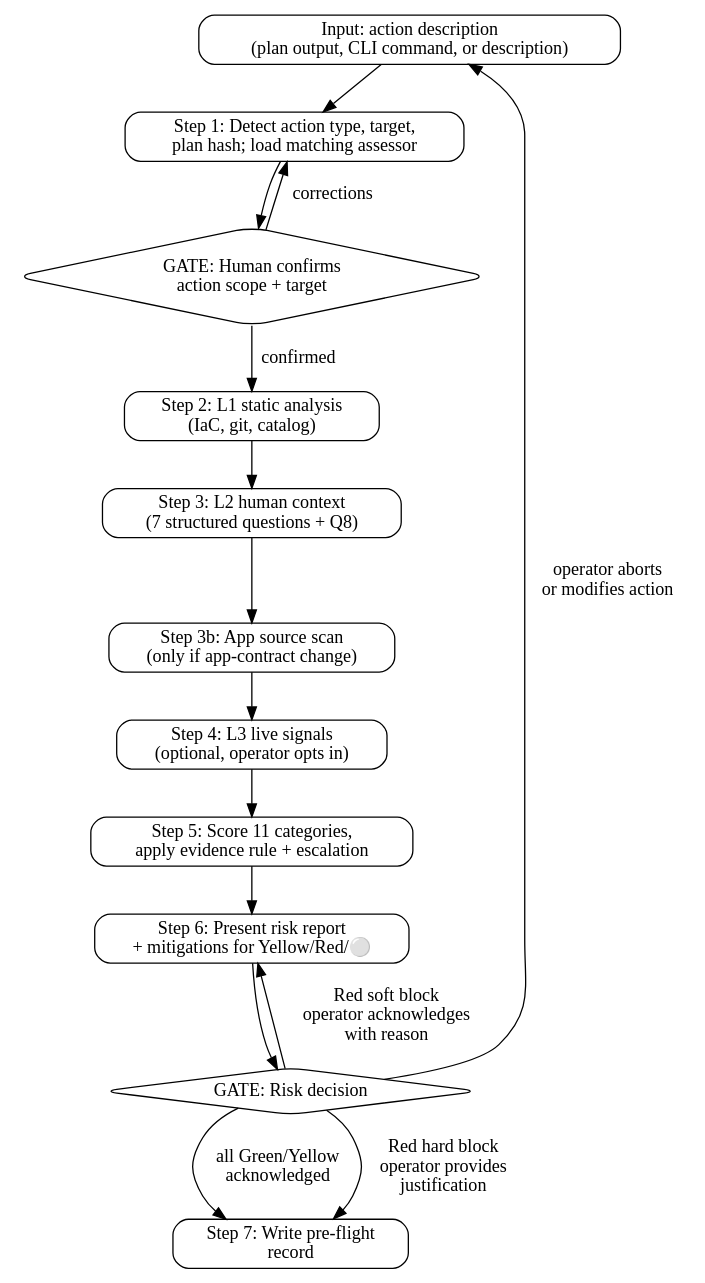
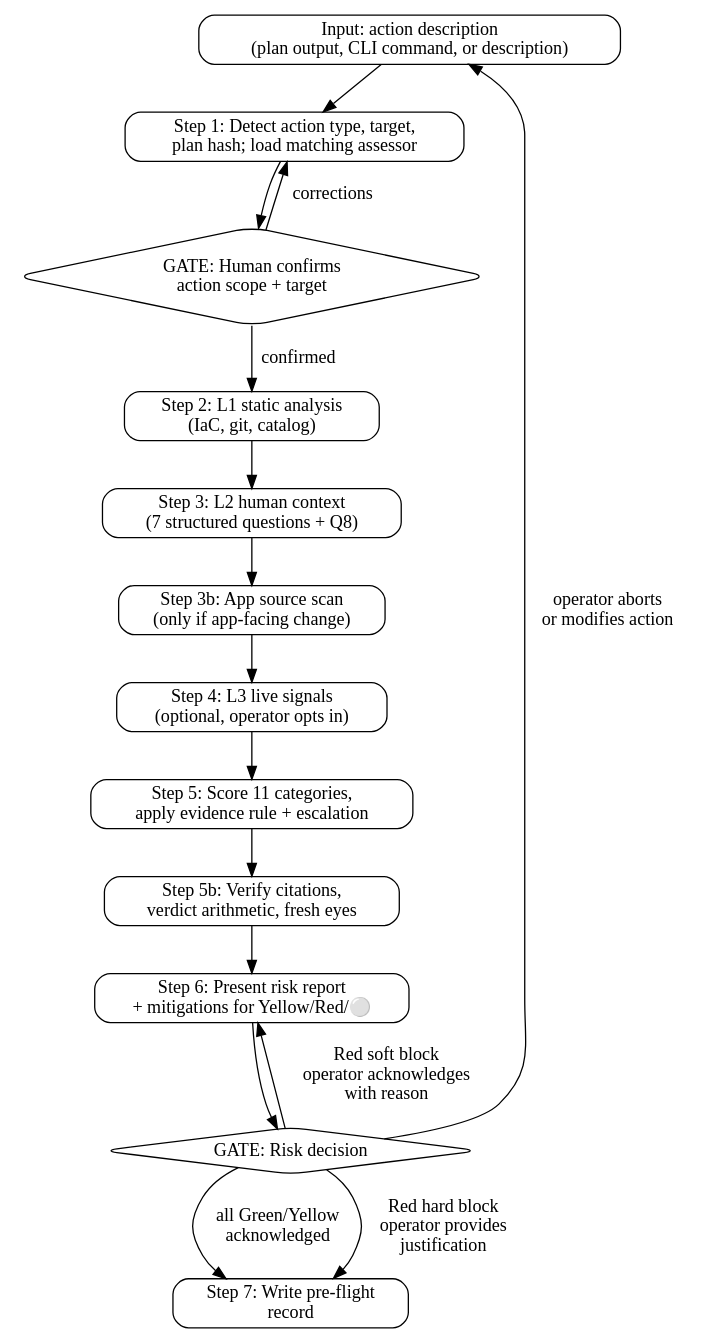
One commit to culiops/culiops-agent changed the diagram in skills/pre-flight/SKILL.md. Above: the diagram before and after it, drawn with Graphviz. The commit also changed other lines of this file and 22 other files, not shown here.

First line of the commit message:
pre-flight: fail-closed app-compat trigger, verify-before-present step

````diff
--- a/skills/pre-flight/SKILL.md
+++ b/skills/pre-flight/SKILL.md
@@ -176,33 +178,35 @@
 ```dot
 digraph preflight {
     rankdir=TB;
     node [shape=box, style=rounded];
 
     input     [label="Input: action description\n(plan output, CLI command, or description)"];
     detect    [label="Step 1: Detect action type, target,\nplan hash; load matching assessor"];
     gate1     [label="GATE: Human confirms\naction scope + target", shape=diamond];
     static    [label="Step 2: L1 static analysis\n(IaC, git, catalog)"];
     human     [label="Step 3: L2 human context\n(7 structured questions + Q8)"];
-    appsrc    [label="Step 3b: App source scan\n(only if app-contract change)"];
+    appsrc    [label="Step 3b: App source scan\n(only if app-facing change)"];
     live      [label="Step 4: L3 live signals\n(optional, operator opts in)"];
     score     [label="Step 5: Score 11 categories,\napply evidence rule + escalation"];
+    verify    [label="Step 5b: Verify citations,\nverdict arithmetic, fresh eyes"];
     report    [label="Step 6: Present risk report\n+ mitigations for Yellow/Red/⚪"];
     gate2     [label="GATE: Risk decision", shape=diamond];
     record    [label="Step 7: Write pre-flight\nrecord"];
 
     input -> detect;
     detect -> gate1;
     gate1 -> static    [label="confirmed"];
     gate1 -> detect    [label="corrections"];
     static -> human;
     human -> appsrc;
     appsrc -> live;
     live -> score;
-    score -> report;
+    score -> verify;
+    verify -> report;
     report -> gate2;
     gate2 -> record    [label="all Green/Yellow\nacknowledged"];
     gate2 -> report    [label="Red soft block\noperator acknowledges\nwith reason"];
     gate2 -> record    [label="Red hard block\noperator provides\njustification"];
     gate2 -> input     [label="operator aborts\nor modifies action"];
 }
 ```
````
